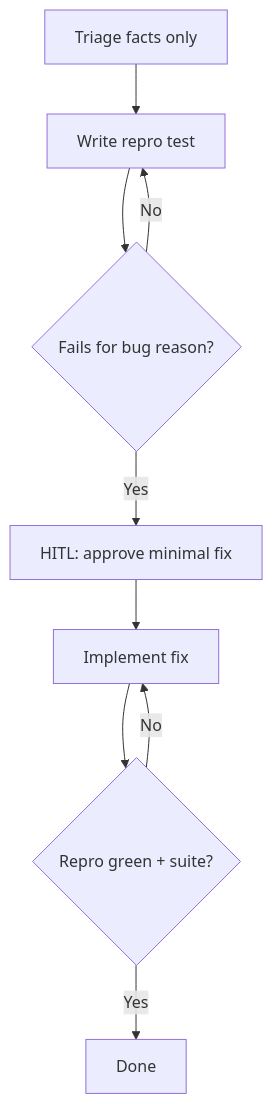
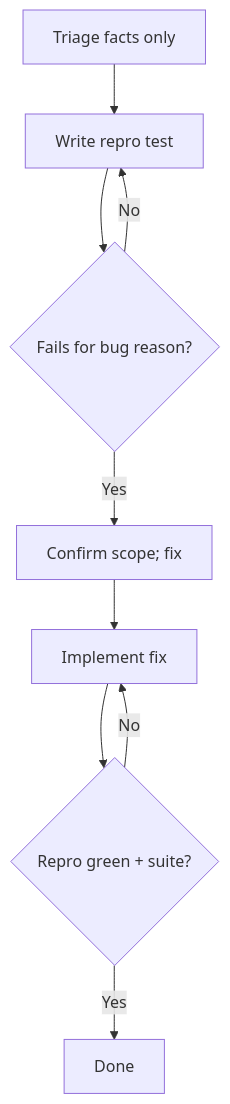
The diagram in skills/bug-fix/SKILL.md (igmarin/elixir-phoenix-skills), drawn with Mermaid before and after one commit. The commit also changed other lines of this file and 17 other files, not shown here.

````diff
--- a/skills/bug-fix/SKILL.md
+++ b/skills/bug-fix/SKILL.md
@@ -50,11 +50,11 @@
 ```mermaid
 flowchart TD
   A[Triage facts only] --> B[Write repro test]
   B --> C{Fails for bug reason?}
   C -->|No| B
-  C -->|Yes| D[HITL: approve minimal fix]
+  C -->|Yes| D[Confirm scope; fix]
   D --> E[Implement fix]
   E --> F{Repro green + suite?}
   F -->|No| E
   F -->|Yes| G[Done]
 ```
````
